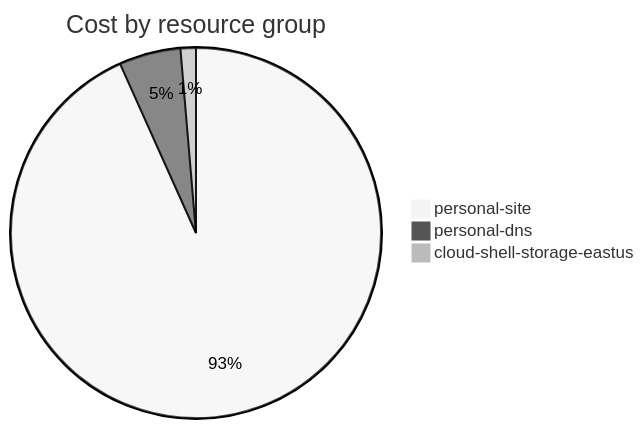
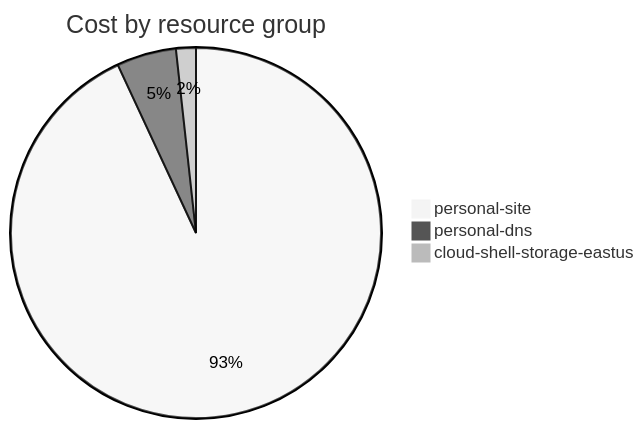
Before and after one commit to jpfulton/azure-personal-reports: the fourth of 4 diagrams in cost-reports/accumulated-cost.md, drawn with Mermaid (neutral theme). The commit also changed other lines of this file and 4 other files, not shown here.

````diff
--- a/cost-reports/accumulated-cost.md
+++ b/cost-reports/accumulated-cost.md
@@ -143,7 +143,7 @@
 ```mermaid
 pie
    title Cost by resource group
-   "personal-site" : 1.39
-   "personal-dns" : 0.08
-   "cloud-shell-storage-eastus" : 0.02
+   "personal-site" : 2.15
+   "personal-dns" : 0.12
+   "cloud-shell-storage-eastus" : 0.04
 ```
````
